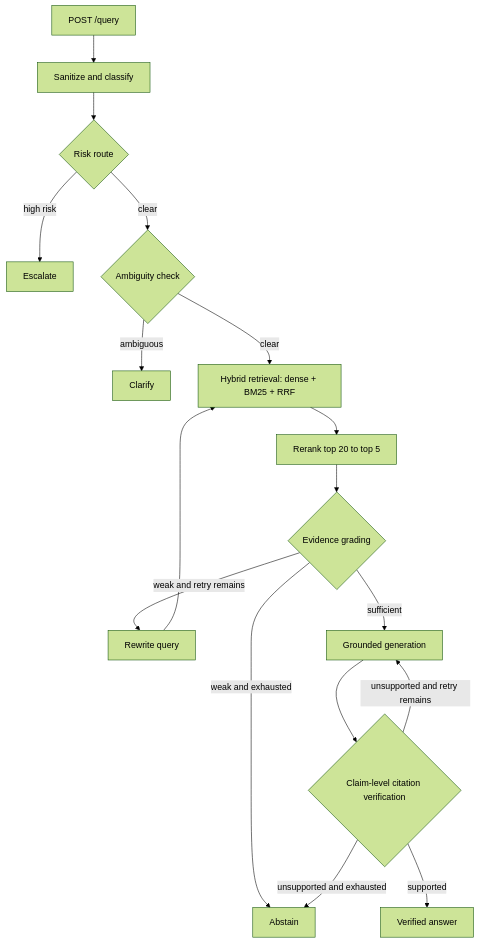
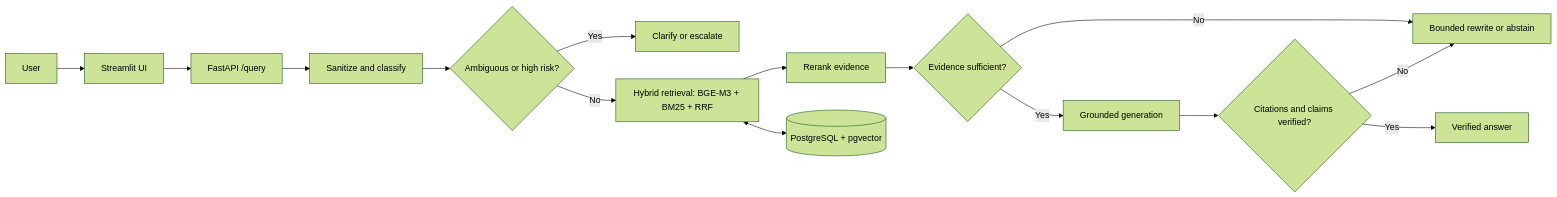
Before and after one commit to fahim0-3/RAGuard: the diagram in README.md, drawn with Mermaid (forest theme). The commit also changed other lines of this file and 4 other files, not shown here.

````diff
--- a/README.md
+++ b/README.md
@@ -31,19 +34,17 @@
 ```mermaid
-flowchart TD
-    Q[POST /query] --> S[Sanitize and classify]
-    S --> R{Risk route}
-    R -->|high risk| E[Escalate]
-    R -->|clear| A{Ambiguity check}
-    A -->|ambiguous| C[Clarify]
-    A -->|clear| H[Hybrid retrieval: dense + BM25 + RRF]
-    H --> RR[Rerank top 20 to top 5]
-    RR --> G{Evidence grading}
-    G -->|weak and retry remains| RW[Rewrite query]
-    RW --> H
-    G -->|weak and exhausted| AB[Abstain]
-    G -->|sufficient| GEN[Grounded generation]
-    GEN --> V{Claim-level citation verification}
-    V -->|supported| F[Verified answer]
-    V -->|unsupported and retry remains| GEN
-    V -->|unsupported and exhausted| AB
+flowchart LR
+    U[User] --> UI[Streamlit UI]
+    UI --> API[FastAPI /query]
+    API --> S[Sanitize and classify]
+    S --> A{Ambiguous or high risk?}
+    A -->|Yes| Safe[Clarify or escalate]
+    A -->|No| R[Hybrid retrieval: BGE-M3 + BM25 + RRF]
+    R --> RR[Rerank evidence]
+    RR --> E{Evidence sufficient?}
+    E -->|No| H[Bounded rewrite or abstain]
+    E -->|Yes| G[Grounded generation]
+    G --> V{Citations and claims verified?}
+    V -->|Yes| Answer[Verified answer]
+    V -->|No| H
+    R <--> DB[(PostgreSQL + pgvector)]
 ```
````
